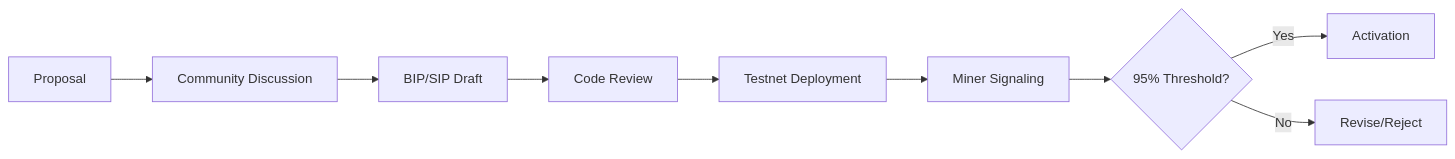
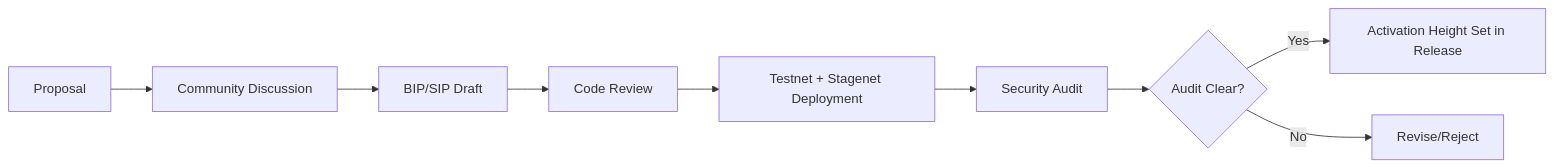
Before and after one commit to soqucoin/soqucoin: the diagram in doc/GOVERNANCE.md, drawn with Mermaid. The commit also changed other lines of this file, not shown here.

Commit message:
docs(governance): flag-day model in the upgrade flowchart and participation section too
The mermaid decision flow and the miner-participation bullet still
described the 95% signaling vote; a plain BIP9 grep missed both.

````diff
--- a/doc/GOVERNANCE.md
+++ b/doc/GOVERNANCE.md
@@ -60,11 +60,11 @@
 ```mermaid
 flowchart LR
     A[Proposal] --> B[Community Discussion]
     B --> C[BIP/SIP Draft]
     C --> D[Code Review]
-    D --> E[Testnet Deployment]
-    E --> F[Miner Signaling]
-    F --> G{95% Threshold?}
-    G -->|Yes| H[Activation]
+    D --> E[Testnet + Stagenet Deployment]
+    E --> F[Security Audit]
+    F --> G{Audit Clear?}
+    G -->|Yes| H[Activation Height Set in Release]
     G -->|No| I[Revise/Reject]
 ```
````
